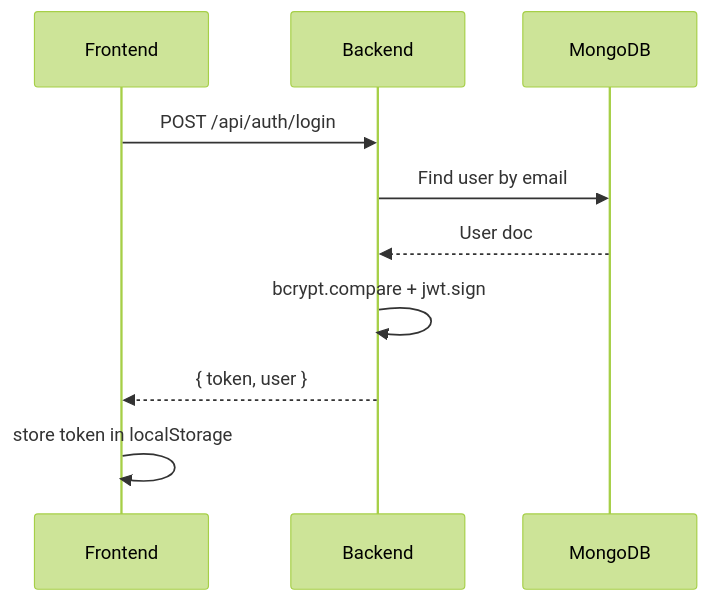
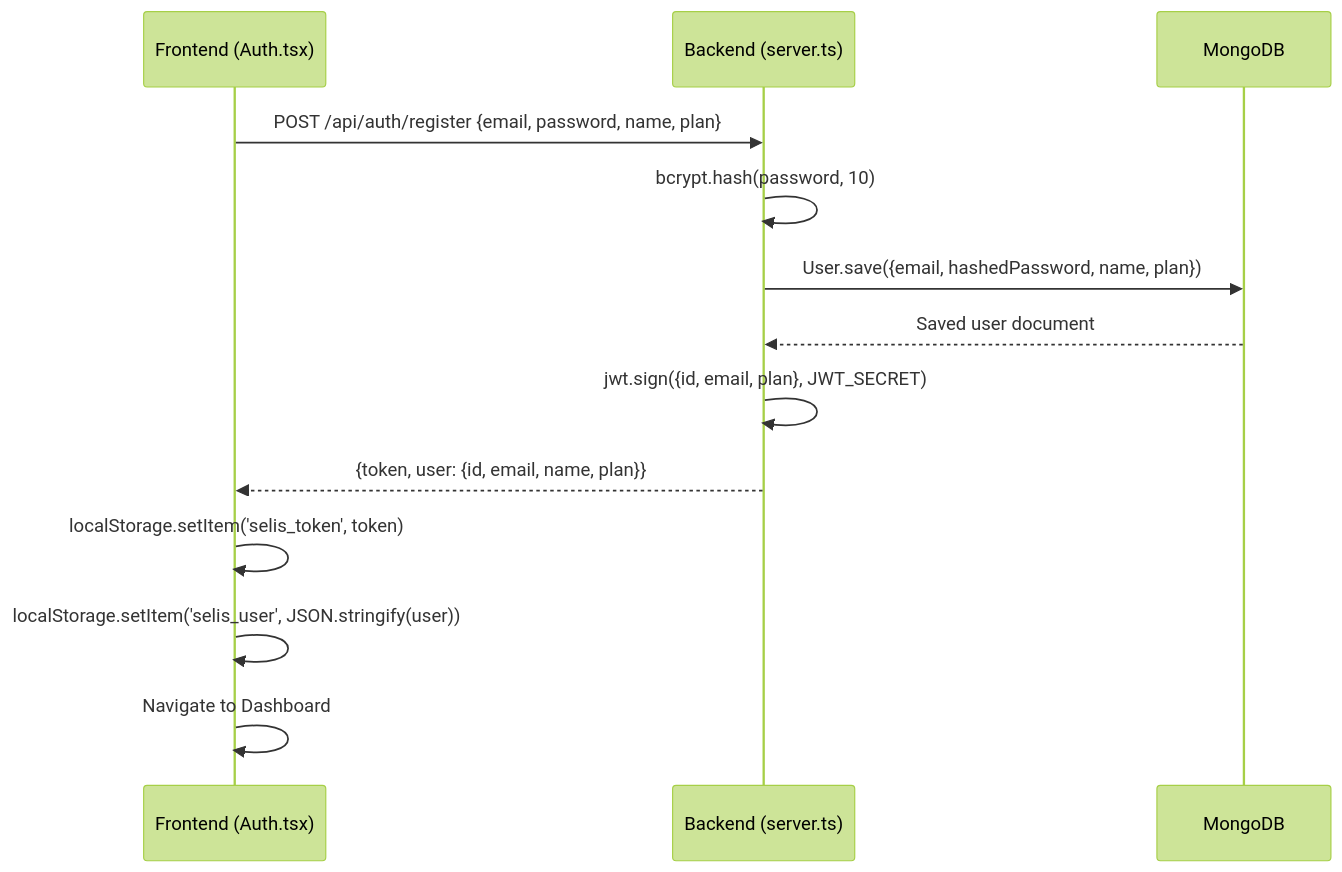
The fourth of 5 diagrams in docs/architecture.md (NanG08/Selis_for_ET), drawn with Mermaid (forest theme) before and after one commit. The commit also changed other lines of this file and 8 other files, not shown here.

````diff
--- a/docs/architecture.md
+++ b/docs/architecture.md
@@ -67,13 +265,16 @@
 ```mermaid
 sequenceDiagram
-  participant UI as Frontend
-  participant API as Backend
+  participant UI as Frontend (Auth.tsx)
+  participant API as Backend (server.ts)
   participant DB as MongoDB
 
-  UI->>API: POST /api/auth/login
-  API->>DB: Find user by email
-  DB-->>API: User doc
-  API->>API: bcrypt.compare + jwt.sign
-  API-->>UI: { token, user }
-  UI->>UI: store token in localStorage
+  UI->>API: POST /api/auth/register {email, password, name, plan}
+  API->>API: bcrypt.hash(password, 10)
+  API->>DB: User.save({email, hashedPassword, name, plan})
+  DB-->>API: Saved user document
+  API->>API: jwt.sign({id, email, plan}, JWT_SECRET)
+  API-->>UI: {token, user: {id, email, name, plan}}
+  UI->>UI: localStorage.setItem('selis_token', token)
+  UI->>UI: localStorage.setItem('selis_user', JSON.stringify(user))
+  UI->>UI: Navigate to Dashboard
 ```
````
